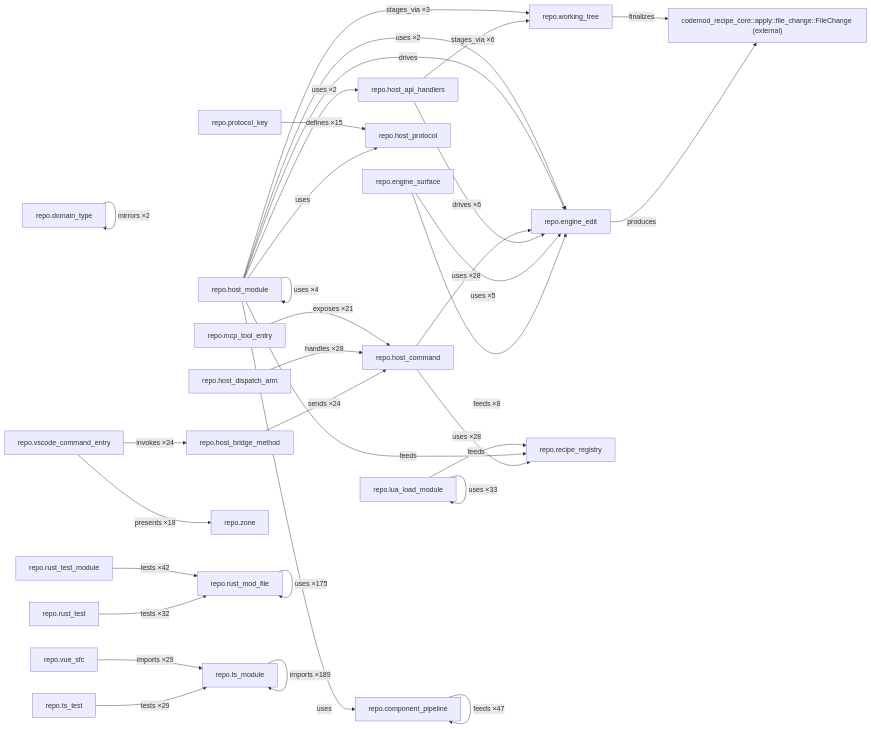
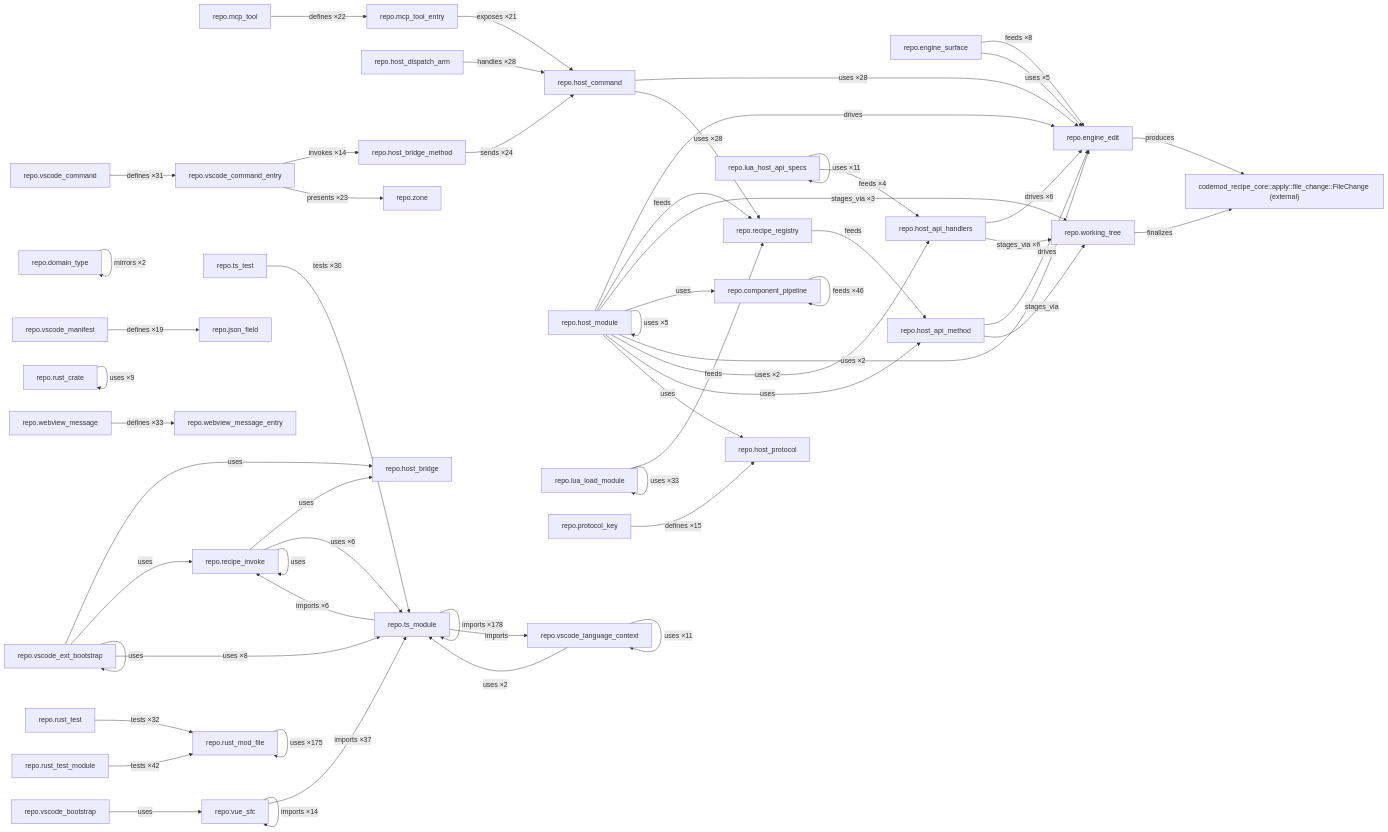
Before and after one commit to c4rl2s0n/CodemodRecipe: the diagram in .codemod/.cache/kind-graph.mmd, drawn with Mermaid. The commit also changed 65 other files, not shown here.

Commit message:
boosted coverage; now starting to work on architectural improvements

```diff
--- a/.codemod/.cache/kind-graph.mmd
+++ b/.codemod/.cache/kind-graph.mmd
@@ -1,36 +1,62 @@
 graph LR
-  repo_component_pipeline["repo.component_pipeline"] -- "feeds ×47" --> repo_component_pipeline["repo.component_pipeline"]
+  repo_component_pipeline["repo.component_pipeline"] -- "feeds ×46" --> repo_component_pipeline["repo.component_pipeline"]
   repo_domain_type["repo.domain_type"] -- "mirrors ×2" --> repo_domain_type["repo.domain_type"]
   repo_engine_edit["repo.engine_edit"] -- "produces" --> codemod_recipe_core__apply__file_change__FileChange["codemod_recipe_core::apply::file_change::FileChange (external)"]
   repo_engine_surface["repo.engine_surface"] -- "feeds ×8" --> repo_engine_edit["repo.engine_edit"]
   repo_engine_surface["repo.engine_surface"] -- "uses ×5" --> repo_engine_edit["repo.engine_edit"]
   repo_host_api_handlers["repo.host_api_handlers"] -- "drives ×6" --> repo_engine_edit["repo.engine_edit"]
   repo_host_api_handlers["repo.host_api_handlers"] -- "stages_via ×6" --> repo_working_tree["repo.working_tree"]
+  repo_host_api_method["repo.host_api_method"] -- "drives" --> repo_engine_edit["repo.engine_edit"]
+  repo_host_api_method["repo.host_api_method"] -- "stages_via" --> repo_working_tree["repo.working_tree"]
   repo_host_bridge_method["repo.host_bridge_method"] -- "sends ×24" --> repo_host_command["repo.host_command"]
   repo_host_command["repo.host_command"] -- "uses ×28" --> repo_engine_edit["repo.engine_edit"]
   repo_host_command["repo.host_command"] -- "uses ×28" --> repo_recipe_registry["repo.recipe_registry"]
   repo_host_dispatch_arm["repo.host_dispatch_arm"] -- "handles ×28" --> repo_host_command["repo.host_command"]
   repo_host_module["repo.host_module"] -- "drives" --> repo_engine_edit["repo.engine_edit"]
   repo_host_module["repo.host_module"] -- "feeds" --> repo_host_module["repo.host_module"]
   repo_host_module["repo.host_module"] -- "feeds" --> repo_recipe_registry["repo.recipe_registry"]
   repo_host_module["repo.host_module"] -- "stages_via ×3" --> repo_working_tree["repo.working_tree"]
   repo_host_module["repo.host_module"] -- "uses" --> repo_component_pipeline["repo.component_pipeline"]
   repo_host_module["repo.host_module"] -- "uses ×2" --> repo_engine_edit["repo.engine_edit"]
   repo_host_module["repo.host_module"] -- "uses ×2" --> repo_host_api_handlers["repo.host_api_handlers"]
-  repo_host_module["repo.host_module"] -- "uses ×4" --> repo_host_module["repo.host_module"]
+  repo_host_module["repo.host_module"] -- "uses" --> repo_host_api_method["repo.host_api_method"]
+  repo_host_module["repo.host_module"] -- "uses ×5" --> repo_host_module["repo.host_module"]
   repo_host_module["repo.host_module"] -- "uses" --> repo_host_protocol["repo.host_protocol"]
+  repo_lua_host_api_specs["repo.lua_host_api_specs"] -- "exports ×7" --> repo_lua_host_api_specs["repo.lua_host_api_specs"]
+  repo_lua_host_api_specs["repo.lua_host_api_specs"] -- "feeds ×4" --> repo_host_api_handlers["repo.host_api_handlers"]
+  repo_lua_host_api_specs["repo.lua_host_api_specs"] -- "feeds ×2" --> repo_lua_host_api_specs["repo.lua_host_api_specs"]
+  repo_lua_host_api_specs["repo.lua_host_api_specs"] -- "uses ×11" --> repo_lua_host_api_specs["repo.lua_host_api_specs"]
   repo_lua_load_module["repo.lua_load_module"] -- "feeds" --> repo_recipe_registry["repo.recipe_registry"]
   repo_lua_load_module["repo.lua_load_module"] -- "uses ×33" --> repo_lua_load_module["repo.lua_load_module"]
+  repo_mcp_tool["repo.mcp_tool"] -- "defines ×22" --> repo_mcp_tool_entry["repo.mcp_tool_entry"]
   repo_mcp_tool_entry["repo.mcp_tool_entry"] -- "exposes ×21" --> repo_host_command["repo.host_command"]
   repo_protocol_key["repo.protocol_key"] -- "defines ×15" --> repo_host_protocol["repo.host_protocol"]
-  repo_rust_mod_file["repo.rust_mod_file"] -- "declares_mod ×145" --> repo_rust_mod_file["repo.rust_mod_file"]
+  repo_recipe_invoke["repo.recipe_invoke"] -- "uses" --> repo_host_bridge["repo.host_bridge"]
+  repo_recipe_invoke["repo.recipe_invoke"] -- "uses" --> repo_recipe_invoke["repo.recipe_invoke"]
+  repo_recipe_invoke["repo.recipe_invoke"] -- "uses ×6" --> repo_ts_module["repo.ts_module"]
+  repo_recipe_registry["repo.recipe_registry"] -- "feeds" --> repo_host_api_method["repo.host_api_method"]
+  repo_rust_crate["repo.rust_crate"] -- "uses ×9" --> repo_rust_crate["repo.rust_crate"]
+  repo_rust_mod_file["repo.rust_mod_file"] -- "declares_mod ×151" --> repo_rust_mod_file["repo.rust_mod_file"]
   repo_rust_mod_file["repo.rust_mod_file"] -- "uses ×175" --> repo_rust_mod_file["repo.rust_mod_file"]
   repo_rust_test["repo.rust_test"] -- "tests ×32" --> repo_rust_mod_file["repo.rust_mod_file"]
   repo_rust_test_module["repo.rust_test_module"] -- "tests ×42" --> repo_rust_mod_file["repo.rust_mod_file"]
   repo_ts_module["repo.ts_module"] -- "exports ×7" --> repo_ts_module["repo.ts_module"]
-  repo_ts_module["repo.ts_module"] -- "imports ×189" --> repo_ts_module["repo.ts_module"]
-  repo_ts_test["repo.ts_test"] -- "tests ×29" --> repo_ts_module["repo.ts_module"]
-  repo_vscode_command_entry["repo.vscode_command_entry"] -- "invokes ×24" --> repo_host_bridge_method["repo.host_bridge_method"]
-  repo_vscode_command_entry["repo.vscode_command_entry"] -- "presents ×18" --> repo_zone["repo.zone"]
-  repo_vue_sfc["repo.vue_sfc"] -- "imports ×29" --> repo_ts_module["repo.ts_module"]
+  repo_ts_module["repo.ts_module"] -- "imports ×6" --> repo_recipe_invoke["repo.recipe_invoke"]
+  repo_ts_module["repo.ts_module"] -- "imports ×178" --> repo_ts_module["repo.ts_module"]
+  repo_ts_module["repo.ts_module"] -- "imports" --> repo_vscode_language_context["repo.vscode_language_context"]
+  repo_ts_test["repo.ts_test"] -- "tests ×30" --> repo_ts_module["repo.ts_module"]
+  repo_vscode_bootstrap["repo.vscode_bootstrap"] -- "uses" --> repo_vue_sfc["repo.vue_sfc"]
+  repo_vscode_command["repo.vscode_command"] -- "defines ×31" --> repo_vscode_command_entry["repo.vscode_command_entry"]
+  repo_vscode_command_entry["repo.vscode_command_entry"] -- "invokes ×14" --> repo_host_bridge_method["repo.host_bridge_method"]
+  repo_vscode_command_entry["repo.vscode_command_entry"] -- "presents ×23" --> repo_zone["repo.zone"]
+  repo_vscode_ext_bootstrap["repo.vscode_ext_bootstrap"] -- "uses" --> repo_host_bridge["repo.host_bridge"]
+  repo_vscode_ext_bootstrap["repo.vscode_ext_bootstrap"] -- "uses" --> repo_recipe_invoke["repo.recipe_invoke"]
+  repo_vscode_ext_bootstrap["repo.vscode_ext_bootstrap"] -- "uses ×8" --> repo_ts_module["repo.ts_module"]
+  repo_vscode_ext_bootstrap["repo.vscode_ext_bootstrap"] -- "uses" --> repo_vscode_ext_bootstrap["repo.vscode_ext_bootstrap"]
+  repo_vscode_language_context["repo.vscode_language_context"] -- "uses ×2" --> repo_ts_module["repo.ts_module"]
+  repo_vscode_language_context["repo.vscode_language_context"] -- "uses ×11" --> repo_vscode_language_context["repo.vscode_language_context"]
+  repo_vscode_manifest["repo.vscode_manifest"] -- "defines ×19" --> repo_json_field["repo.json_field"]
+  repo_vue_sfc["repo.vue_sfc"] -- "imports ×37" --> repo_ts_module["repo.ts_module"]
+  repo_vue_sfc["repo.vue_sfc"] -- "imports ×14" --> repo_vue_sfc["repo.vue_sfc"]
+  repo_webview_message["repo.webview_message"] -- "defines ×33" --> repo_webview_message_entry["repo.webview_message_entry"]
   repo_working_tree["repo.working_tree"] -- "finalizes" --> codemod_recipe_core__apply__file_change__FileChange["codemod_recipe_core::apply::file_change::FileChange (external)"]
```
